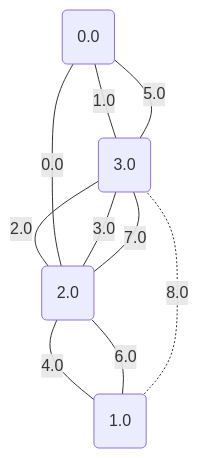
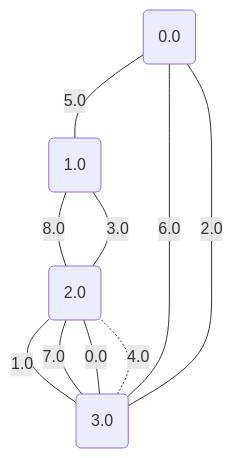
Diagram 14 of 17 in project/src/testing/showcase/minCutPetersen.md (metury/graphs), drawn with Mermaid before and after one commit. The commit also changed other lines of this file and 34 other files, not shown here.

````diff
--- a/project/src/testing/showcase/minCutPetersen.md
+++ b/project/src/testing/showcase/minCutPetersen.md
@@ -356,16 +356,16 @@
 ```mermaid
 graph TD;
 	0("0.0");
 	1("1.0");
 	2("2.0");
 	3("3.0");
-	2 -- "0.0" --- 0;
-	0 -- "1.0" --- 3;
-	3 -- "2.0" --- 2;
-	2 -- "3.0" --- 3;
-	2 -- "4.0" --- 1;
-	0 -- "5.0" --- 3;
-	2 -- "6.0" --- 1;
+	3 -- "0.0" --- 2;
+	2 -- "1.0" --- 3;
+	3 -- "2.0" --- 0;
+	2 -- "3.0" --- 1;
+	3 -. "4.0" -.- 2;
+	0 -- "5.0" --- 1;
+	0 -- "6.0" --- 3;
 	2 -- "7.0" --- 3;
-	1 -. "8.0" -.- 3;
+	1 -- "8.0" --- 2;
 ```
````
